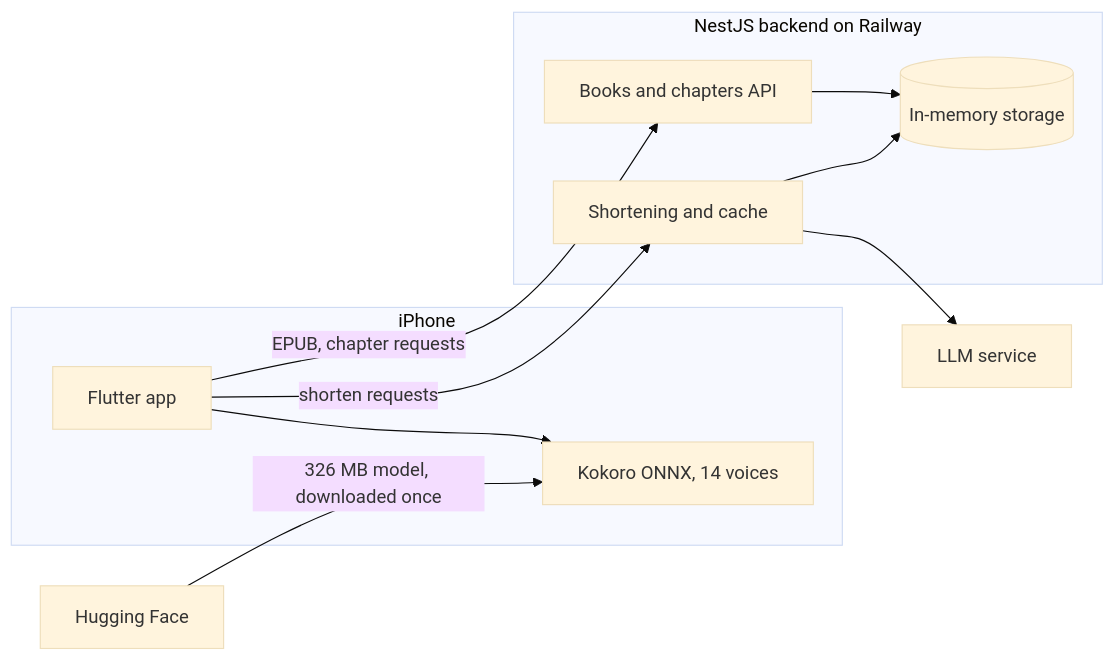
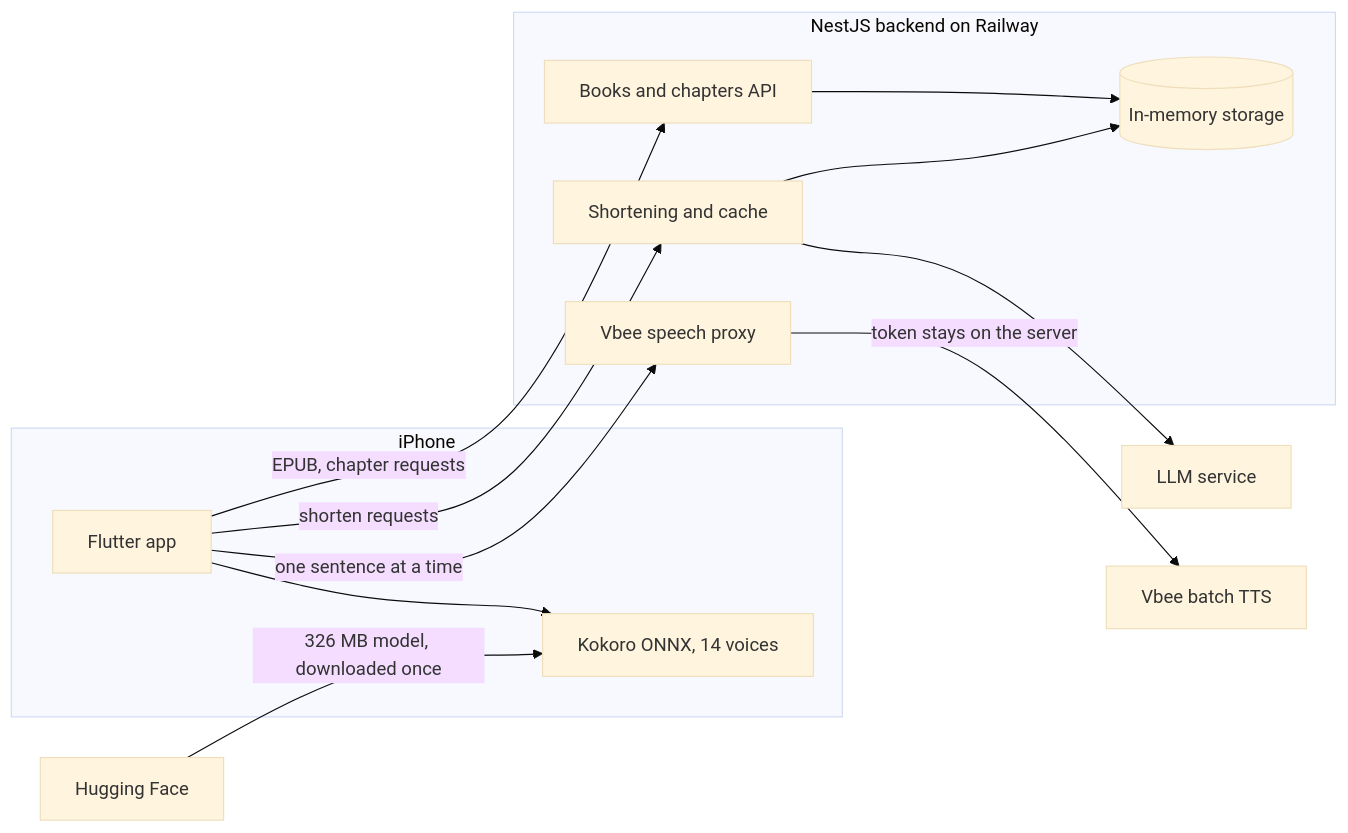
One commit to tinwritescode/ereader-ai changed the second of 2 diagrams in README.md. Above: the diagram before and after it, drawn with Mermaid (base theme). The commit also changed other lines of this file and 23 other files, not shown here.

````diff
--- a/README.md
+++ b/README.md
@@ -53,24 +57,28 @@
 ```mermaid
 flowchart LR
     subgraph phone["iPhone"]
         ui["Flutter app"]
         tts["Kokoro ONNX, 14 voices"]
         ui --> tts
     end
 
     subgraph server["NestJS backend on Railway"]
         api["Books and chapters API"]
         digest["Shortening and cache"]
+        speech["Vbee speech proxy"]
         memory[("In-memory storage")]
         api --> memory
         digest --> memory
     end
 
     llm["LLM service"]
     hf["Hugging Face"]
+    vbee["Vbee batch TTS"]
 
     ui -- "EPUB, chapter requests" --> api
     ui -- "shorten requests" --> digest
     digest --> llm
     hf -- "326 MB model, downloaded once" --> tts
+    ui -- "one sentence at a time" --> speech
+    speech -- "token stays on the server" --> vbee
 ```
````
